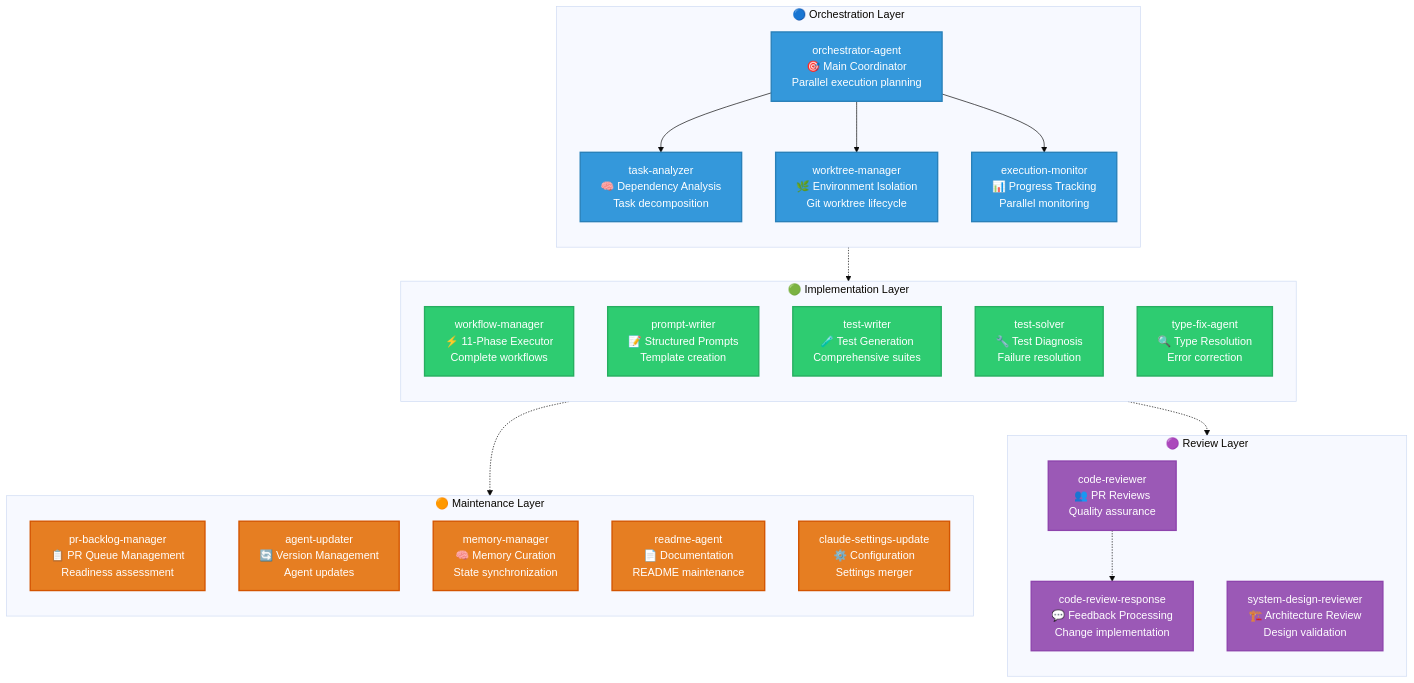
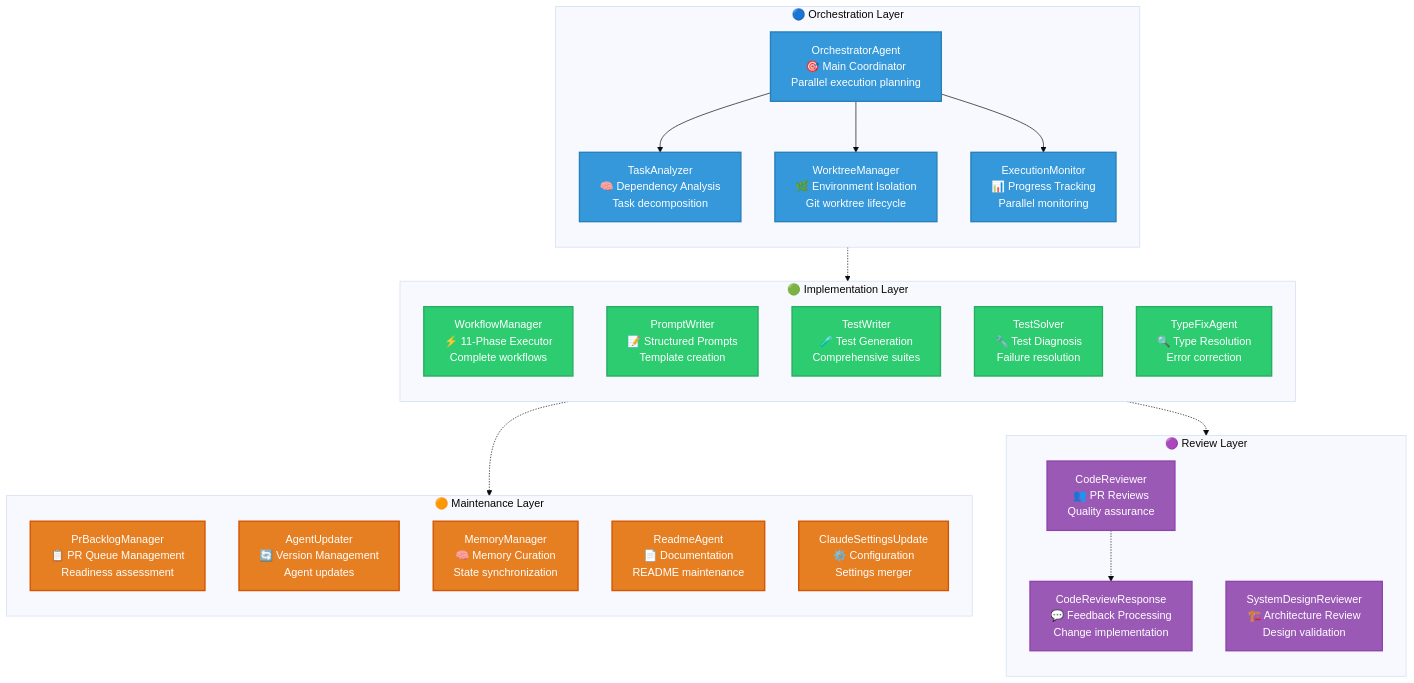
One commit to rysweet/gadugi changed the first of 3 diagrams in README.md. Above: the diagram before and after it, drawn with Mermaid (base theme). The commit also changed other lines of this file and 424 other files, not shown here.

First line of the commit message:
feat: Complete service management and workflow enforcement system

````diff
--- a/README.md
+++ b/README.md
@@ -31,56 +31,56 @@
 ```mermaid
 graph TD
     subgraph "🔵 Orchestration Layer"
         direction TB
-        OA[orchestrator-agent<br/>🎯 Main Coordinator<br/>Parallel execution planning]
-        TA[task-analyzer<br/>🧠 Dependency Analysis<br/>Task decomposition]
-        WM[worktree-manager<br/>🌿 Environment Isolation<br/>Git worktree lifecycle]
-        EM[execution-monitor<br/>📊 Progress Tracking<br/>Parallel monitoring]
+        OA[OrchestratorAgent<br/>🎯 Main Coordinator<br/>Parallel execution planning]
+        TA[TaskAnalyzer<br/>🧠 Dependency Analysis<br/>Task decomposition]
+        WM[WorktreeManager<br/>🌿 Environment Isolation<br/>Git worktree lifecycle]
+        EM[ExecutionMonitor<br/>📊 Progress Tracking<br/>Parallel monitoring]
 
         OA --> TA
         OA --> WM
         OA --> EM
     end
 
     subgraph "🟢 Implementation Layer"
         direction TB
-        WF[workflow-manager<br/>⚡ 11-Phase Executor<br/>Complete workflows]
-        PW[prompt-writer<br/>📝 Structured Prompts<br/>Template creation]
-        TW[test-writer<br/>🧪 Test Generation<br/>Comprehensive suites]
-        TS[test-solver<br/>🔧 Test Diagnosis<br/>Failure resolution]
-        TFA[type-fix-agent<br/>🔍 Type Resolution<br/>Error correction]
+        WF[WorkflowManager<br/>⚡ 11-Phase Executor<br/>Complete workflows]
+        PW[PromptWriter<br/>📝 Structured Prompts<br/>Template creation]
+        TW[TestWriter<br/>🧪 Test Generation<br/>Comprehensive suites]
+        TS[TestSolver<br/>🔧 Test Diagnosis<br/>Failure resolution]
+        TFA[TypeFixAgent<br/>🔍 Type Resolution<br/>Error correction]
     end
 
     subgraph "🟣 Review Layer"
         direction TB
-        CR[code-reviewer<br/>👥 PR Reviews<br/>Quality assurance]
-        CRR[code-review-response<br/>💬 Feedback Processing<br/>Change implementation]
-        SDR[system-design-reviewer<br/>🏗️ Architecture Review<br/>Design validation]
+        CR[CodeReviewer<br/>👥 PR Reviews<br/>Quality assurance]
+        CRR[CodeReviewResponse<br/>💬 Feedback Processing<br/>Change implementation]
+        SDR[SystemDesignReviewer<br/>🏗️ Architecture Review<br/>Design validation]
     end
 
     subgraph "🟠 Maintenance Layer"
         direction TB
-        PBM[pr-backlog-manager<br/>📋 PR Queue Management<br/>Readiness assessment]
-        AU[agent-updater<br/>🔄 Version Management<br/>Agent updates]
-        MM[memory-manager<br/>🧠 Memory Curation<br/>State synchronization]
-        RA[readme-agent<br/>📄 Documentation<br/>README maintenance]
-        CSU[claude-settings-update<br/>⚙️ Configuration<br/>Settings merger]
+        PBM[PrBacklogManager<br/>📋 PR Queue Management<br/>Readiness assessment]
+        AU[AgentUpdater<br/>🔄 Version Management<br/>Agent updates]
+        MM[MemoryManager<br/>🧠 Memory Curation<br/>State synchronization]
+        RA[ReadmeAgent<br/>📄 Documentation<br/>README maintenance]
+        CSU[ClaudeSettingsUpdate<br/>⚙️ Configuration<br/>Settings merger]
     end
 
     %% Inter-layer connections
     OA -.-> WF
     WF -.-> CR
     CR -.-> CRR
     WF -.-> MM
 
     %% Styling
     classDef orchestration fill:#3498db,stroke:#2980b9,color:#fff,stroke-width:2px
     classDef implementation fill:#2ecc71,stroke:#27ae60,color:#fff,stroke-width:2px
     classDef review fill:#9b59b6,stroke:#8e44ad,color:#fff,stroke-width:2px
     classDef maintenance fill:#e67e22,stroke:#d35400,color:#fff,stroke-width:2px
 
     class OA,TA,WM,EM orchestration
     class WF,PW,TW,TS,TFA implementation
     class CR,CRR,SDR review
     class PBM,AU,MM,RA,CSU maintenance
 ```
````
